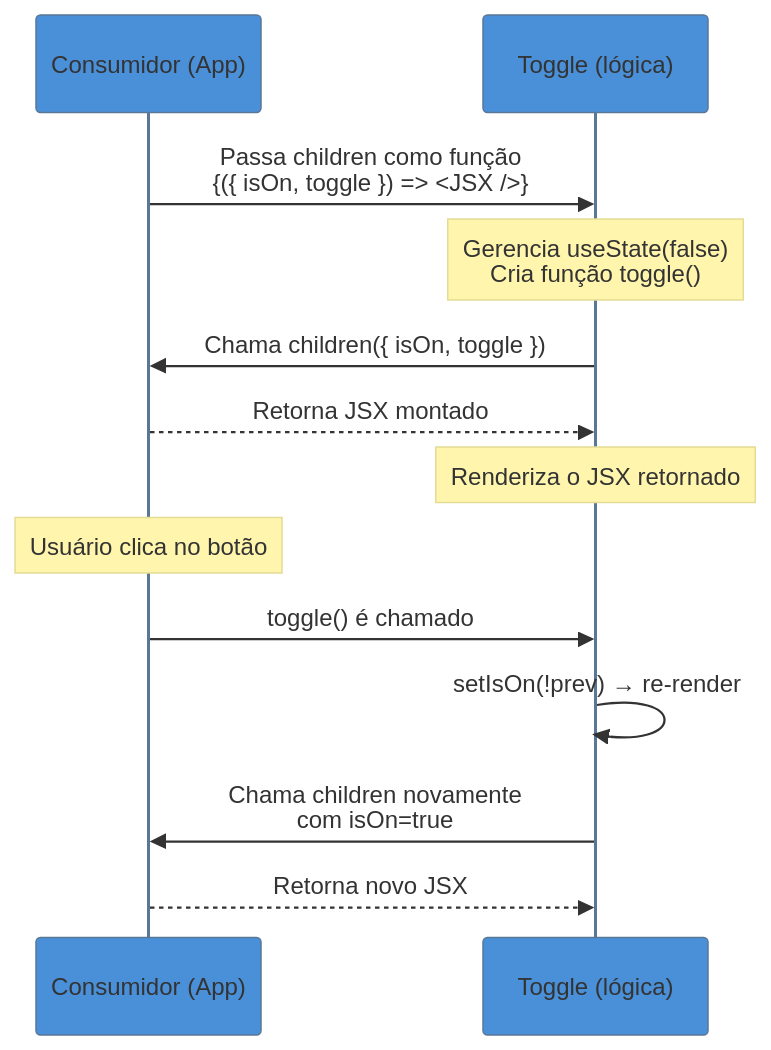
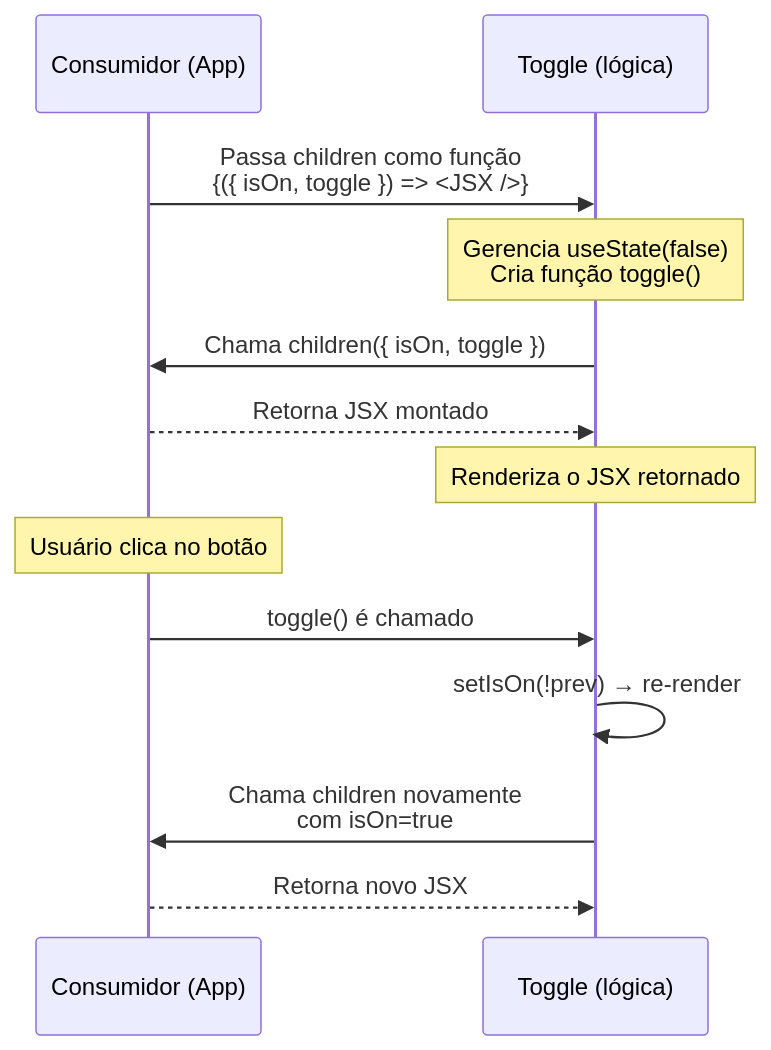
Before and after one commit to josenaldo/codex-technomanticus: the diagram in 03-Dominios/Tecnologia/React/Design Patterns/08 - Render props e function-as-child.md, drawn with Mermaid. The commit also changed 1181 other files, not shown here.

First line of the commit message:
fix(diagramas): paleta do sistema no lugar de cor cravada no markdown

````diff
--- a/03-Dominios/Tecnologia/React/Design Patterns/08 - Render props e function-as-child.md
+++ b/03-Dominios/Tecnologia/React/Design Patterns/08 - Render props e function-as-child.md
@@ -81,17 +81,16 @@
 ```mermaid
-%%{init: {"theme": "base", "themeVariables": {"primaryColor": "#4A90D9", "edgeLabelBackground": "#ffffff"}}}%%
 sequenceDiagram
     participant App as Consumidor (App)
     participant Toggle as Toggle (lógica)
 
     App->>Toggle: Passa children como função<br/>{({ isOn, toggle }) => <JSX />}
     Note over Toggle: Gerencia useState(false)<br/>Cria função toggle()
     Toggle->>App: Chama children({ isOn, toggle })
     App-->>Toggle: Retorna JSX montado
     Note over Toggle: Renderiza o JSX retornado
     Note over App: Usuário clica no botão
     App->>Toggle: toggle() é chamado
     Toggle->>Toggle: setIsOn(!prev) → re-render
     Toggle->>App: Chama children novamente<br/>com isOn=true
     App-->>Toggle: Retorna novo JSX
 ```
````
